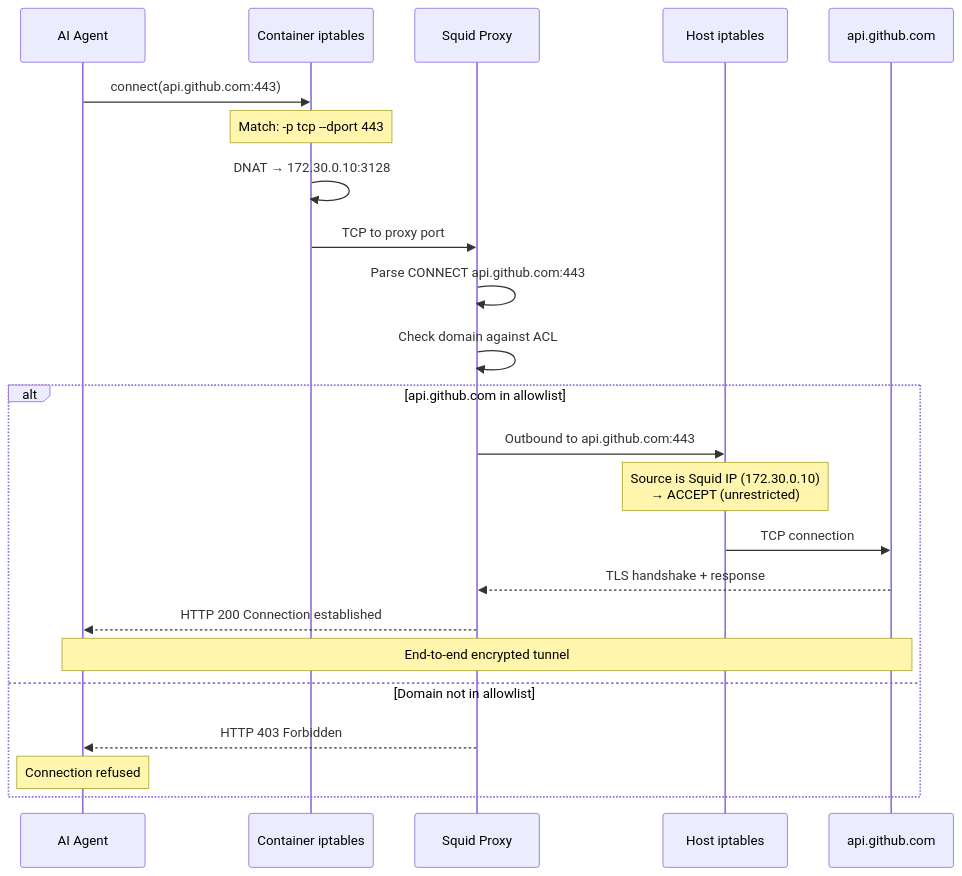
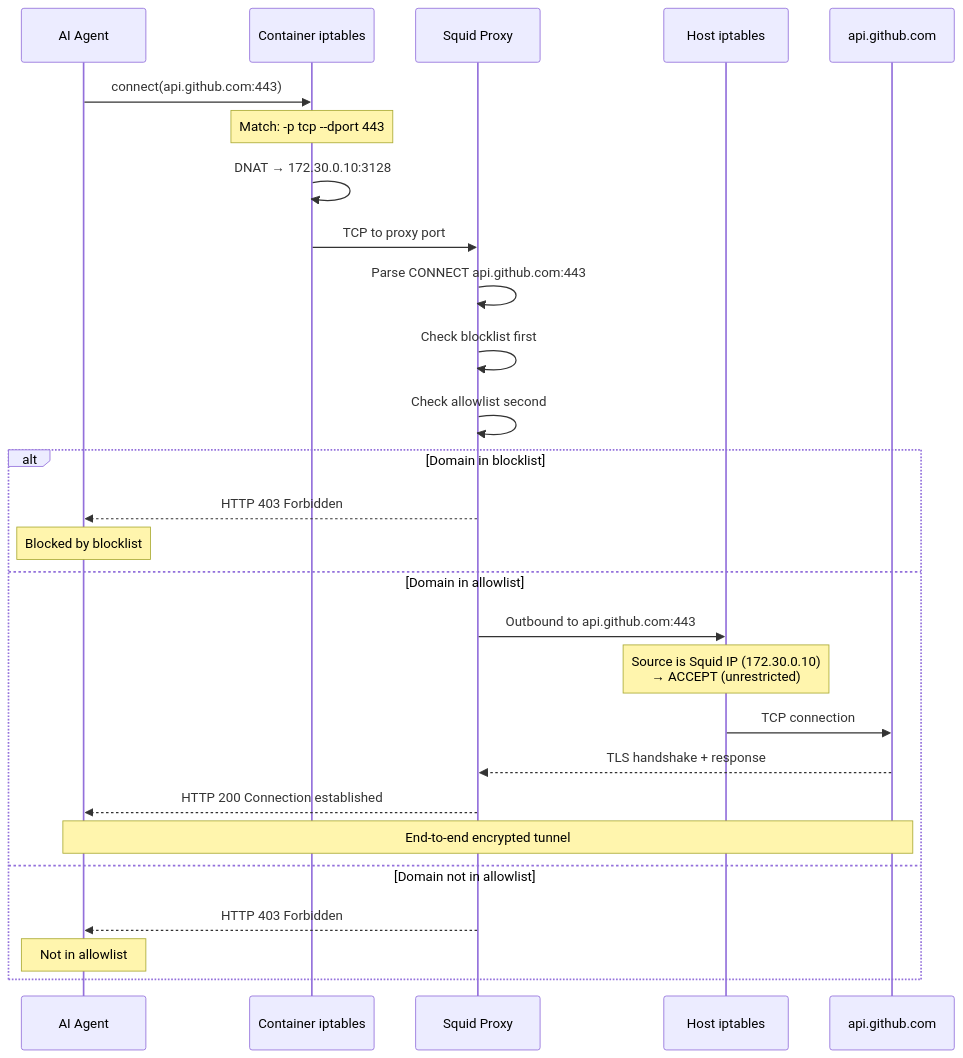
One commit to githubnext/gh-aw-firewall changed the second of 2 diagrams in docs-site/src/content/docs/reference/security-architecture.md. Above: the diagram before and after it, drawn with Mermaid. The commit also changed other lines of this file and 3 other files, not shown here.

````diff
--- a/docs-site/src/content/docs/reference/security-architecture.md
+++ b/docs-site/src/content/docs/reference/security-architecture.md
@@ -106,28 +112,32 @@
 ```mermaid
 sequenceDiagram
     participant Agent as AI Agent
     participant NAT as Container iptables
     participant Squid as Squid Proxy
     participant Host as Host iptables
     participant Net as api.github.com
 
     Agent->>NAT: connect(api.github.com:443)
     Note over NAT: Match: -p tcp --dport 443
     NAT->>NAT: DNAT → 172.30.0.10:3128
     NAT->>Squid: TCP to proxy port
 
     Squid->>Squid: Parse CONNECT api.github.com:443
-    Squid->>Squid: Check domain against ACL
+    Squid->>Squid: Check blocklist first
+    Squid->>Squid: Check allowlist second
 
-    alt api.github.com in allowlist
+    alt Domain in blocklist
+        Squid-->>Agent: HTTP 403 Forbidden
+        Note over Agent: Blocked by blocklist
+    else Domain in allowlist
         Squid->>Host: Outbound to api.github.com:443
         Note over Host: Source is Squid IP (172.30.0.10)<br/>→ ACCEPT (unrestricted)
         Host->>Net: TCP connection
         Net-->>Squid: TLS handshake + response
         Squid-->>Agent: HTTP 200 Connection established
         Note over Agent,Net: End-to-end encrypted tunnel
     else Domain not in allowlist
         Squid-->>Agent: HTTP 403 Forbidden
-        Note over Agent: Connection refused
+        Note over Agent: Not in allowlist
     end
 ```
````
